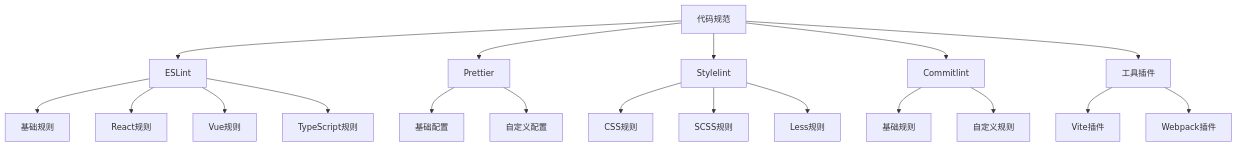
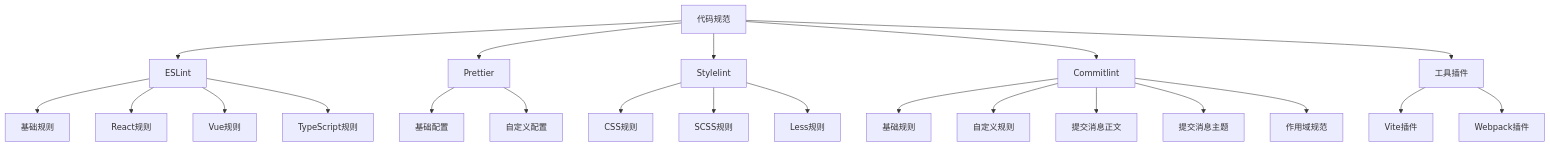
One commit to w3cshare/w3cshare.github.com changed the diagram in lint/README.md. Above: the diagram before and after it, drawn with Mermaid. The commit also changed other lines of this file and 35 other files, not shown here.

````diff
--- a/lint/README.md
+++ b/lint/README.md
@@ -77,26 +77,29 @@
 ```mermaid
 graph TD
     A[代码规范] --> B[ESLint]
     A --> C[Prettier]
     A --> D[Stylelint]
     A --> E[Commitlint]
     A --> F[工具插件]
 
     B --> B1[基础规则]
     B --> B2[React规则]
     B --> B3[Vue规则]
     B --> B4[TypeScript规则]
 
     C --> C1[基础配置]
     C --> C2[自定义配置]
 
     D --> D1[CSS规则]
     D --> D2[SCSS规则]
     D --> D3[Less规则]
 
     E --> E1[基础规则]
     E --> E2[自定义规则]
+    E --> E3[提交消息正文]
+    E --> E4[提交消息主题]
+    E --> E5[作用域规范]
 
     F --> F1[Vite插件]
     F --> F2[Webpack插件]
 ```
````
